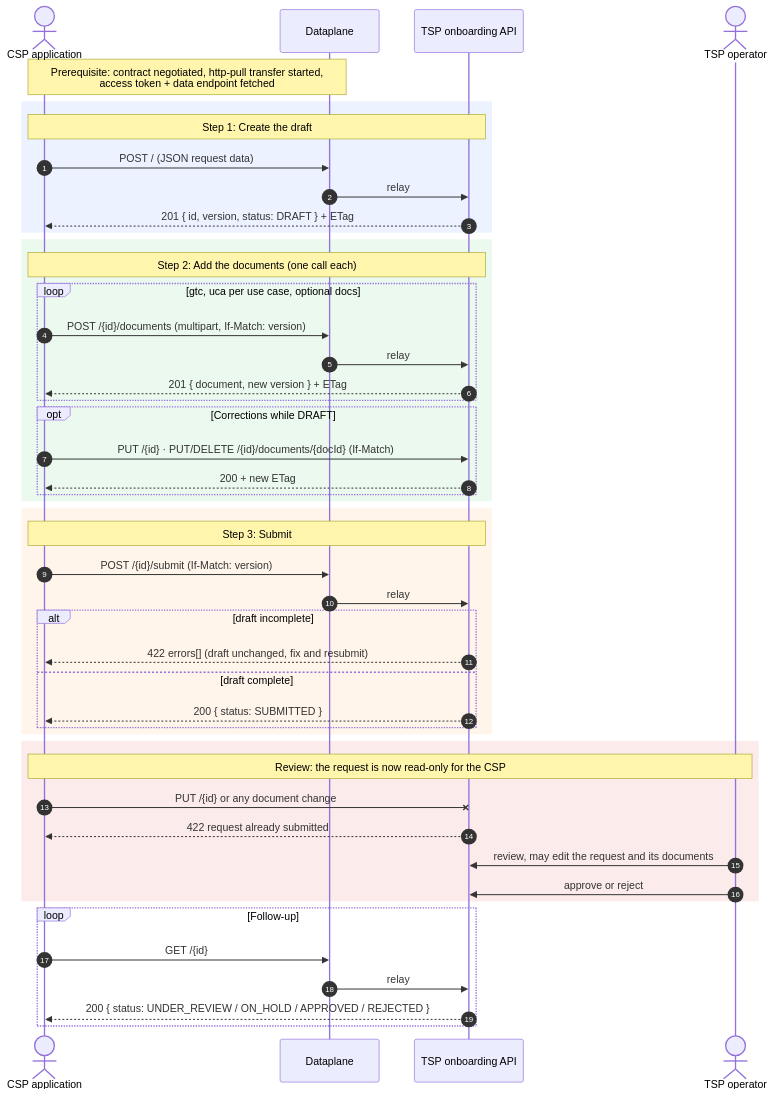
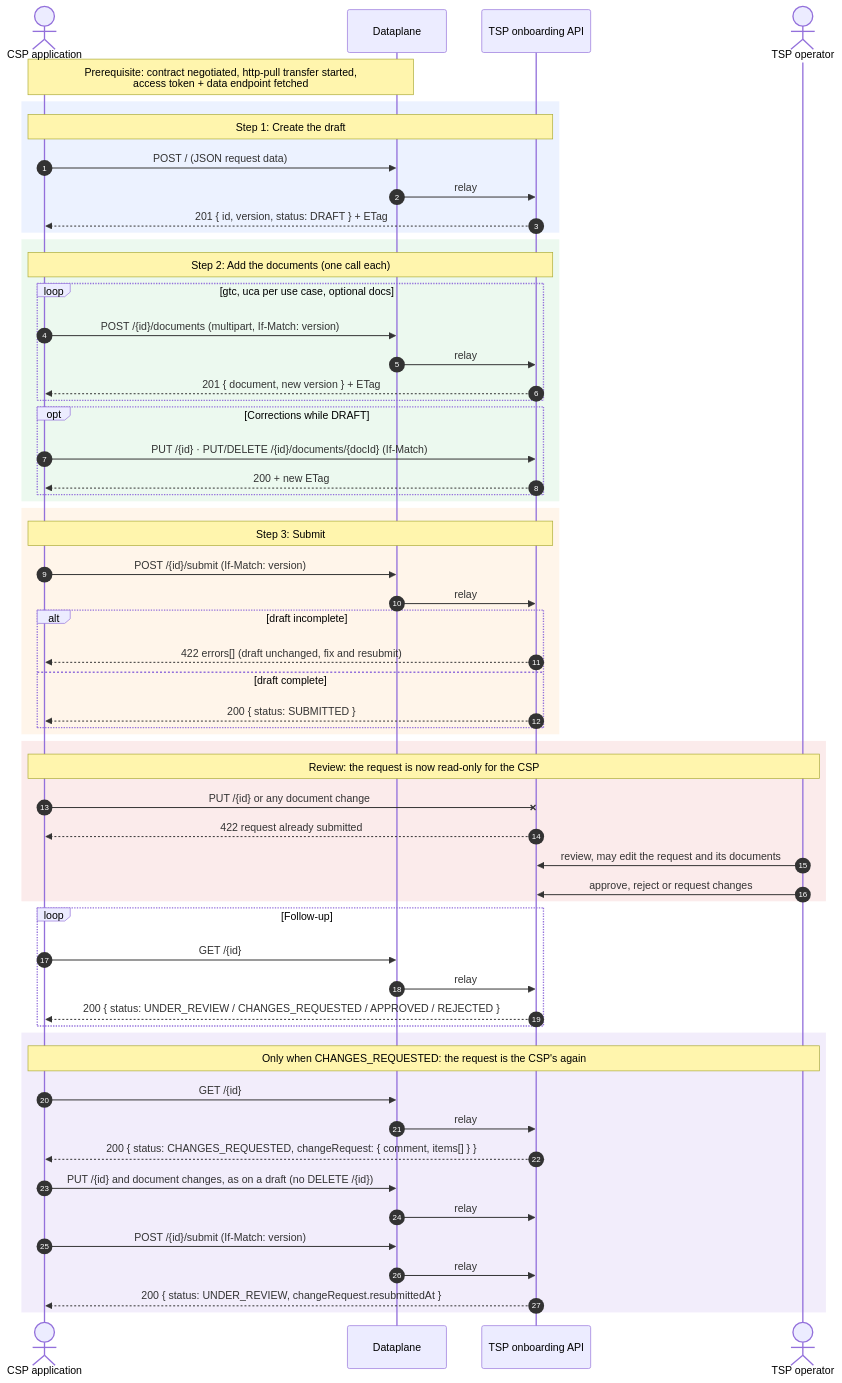
One commit to Metaform/cx-ve changed the diagram in dx-onboarding-api/README.md. Above: the diagram before and after it, drawn with Mermaid. The commit also changed other lines of this file and 24 other files, not shown here.

````diff
--- a/dx-onboarding-api/README.md
+++ b/dx-onboarding-api/README.md
@@ -10,55 +12,67 @@
 ```mermaid
 sequenceDiagram
     autonumber
     actor CSP as CSP application
     participant GW as Dataplane
     participant TSP as TSP onboarding API
     actor OP as TSP operator
 
     Note over CSP,GW: Prerequisite: contract negotiated, http-pull transfer started,<br/>access token + data endpoint fetched
 
     rect rgba(100,150,255,0.12)
     Note over CSP,TSP: Step 1: Create the draft
     CSP->>GW: POST / (JSON request data)
     GW->>TSP: relay
     TSP-->>CSP: 201 { id, version, status: DRAFT } + ETag
     end
 
     rect rgba(100,200,120,0.12)
     Note over CSP,TSP: Step 2: Add the documents (one call each)
     loop gtc, uca per use case, optional docs
         CSP->>GW: POST /{id}/documents (multipart, If-Match: version)
         GW->>TSP: relay
         TSP-->>CSP: 201 { document, new version } + ETag
     end
     opt Corrections while DRAFT
         CSP->>TSP: PUT /{id} · PUT/DELETE /{id}/documents/{docId} (If-Match)
         TSP-->>CSP: 200 + new ETag
     end
     end
 
     rect rgba(255,170,80,0.12)
     Note over CSP,TSP: Step 3: Submit
     CSP->>GW: POST /{id}/submit (If-Match: version)
     GW->>TSP: relay
     alt draft incomplete
         TSP-->>CSP: 422 errors[] (draft unchanged, fix and resubmit)
     else draft complete
         TSP-->>CSP: 200 { status: SUBMITTED }
     end
     end
 
     rect rgba(220,90,90,0.12)
     Note over CSP,OP: Review: the request is now read-only for the CSP
     CSP-xTSP: PUT /{id} or any document change
     TSP-->>CSP: 422 request already submitted
     OP->>TSP: review, may edit the request and its documents
-    OP->>TSP: approve or reject
+    OP->>TSP: approve, reject or request changes
     end
 
     loop Follow-up
         CSP->>GW: GET /{id}
         GW->>TSP: relay
-        TSP-->>CSP: 200 { status: UNDER_REVIEW / ON_HOLD / APPROVED / REJECTED }
+        TSP-->>CSP: 200 { status: UNDER_REVIEW / CHANGES_REQUESTED / APPROVED / REJECTED }
+    end
+
+    rect rgba(150,110,220,0.12)
+    Note over CSP,OP: Only when CHANGES_REQUESTED: the request is the CSP's again
+    CSP->>GW: GET /{id}
+    GW->>TSP: relay
+    TSP-->>CSP: 200 { status: CHANGES_REQUESTED, changeRequest: { comment, items[] } }
+    CSP->>GW: PUT /{id} and document changes, as on a draft (no DELETE /{id})
+    GW->>TSP: relay
+    CSP->>GW: POST /{id}/submit (If-Match: version)
+    GW->>TSP: relay
+    TSP-->>CSP: 200 { status: UNDER_REVIEW, changeRequest.resubmittedAt }
     end
 ```
````
